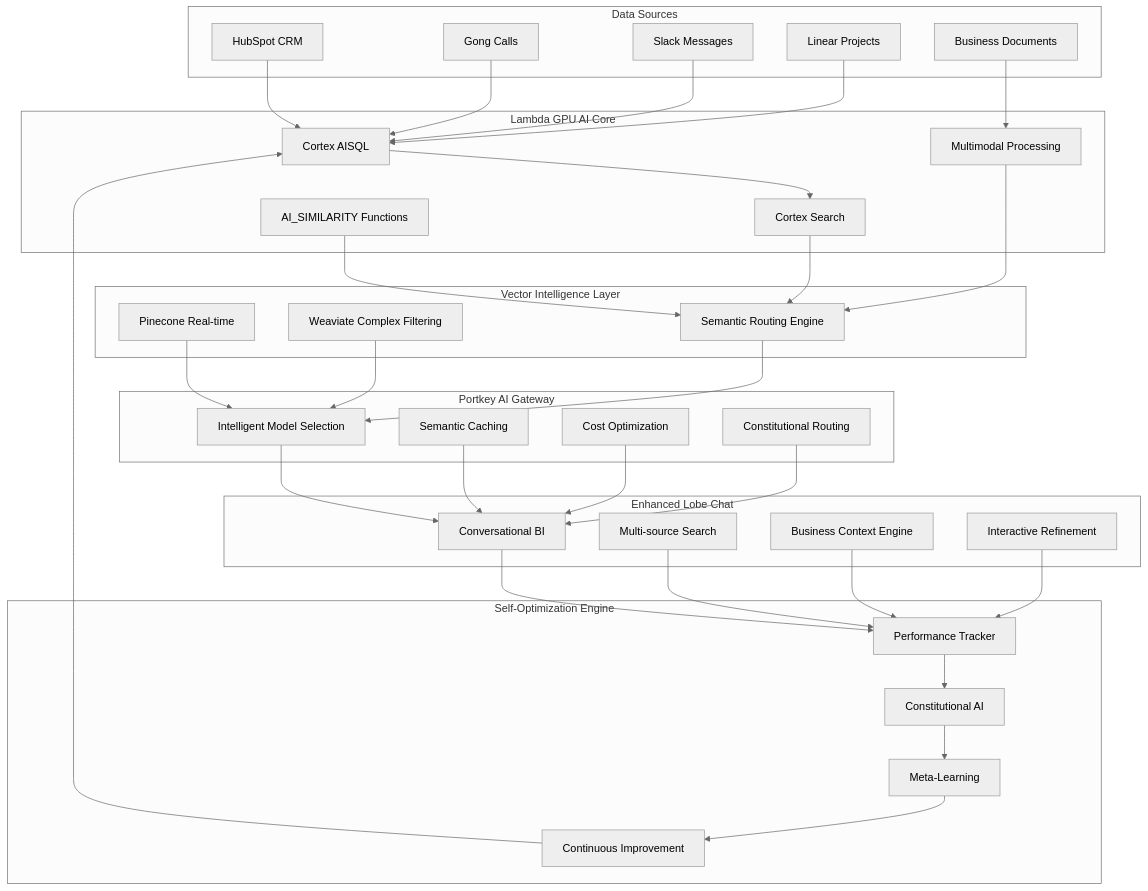
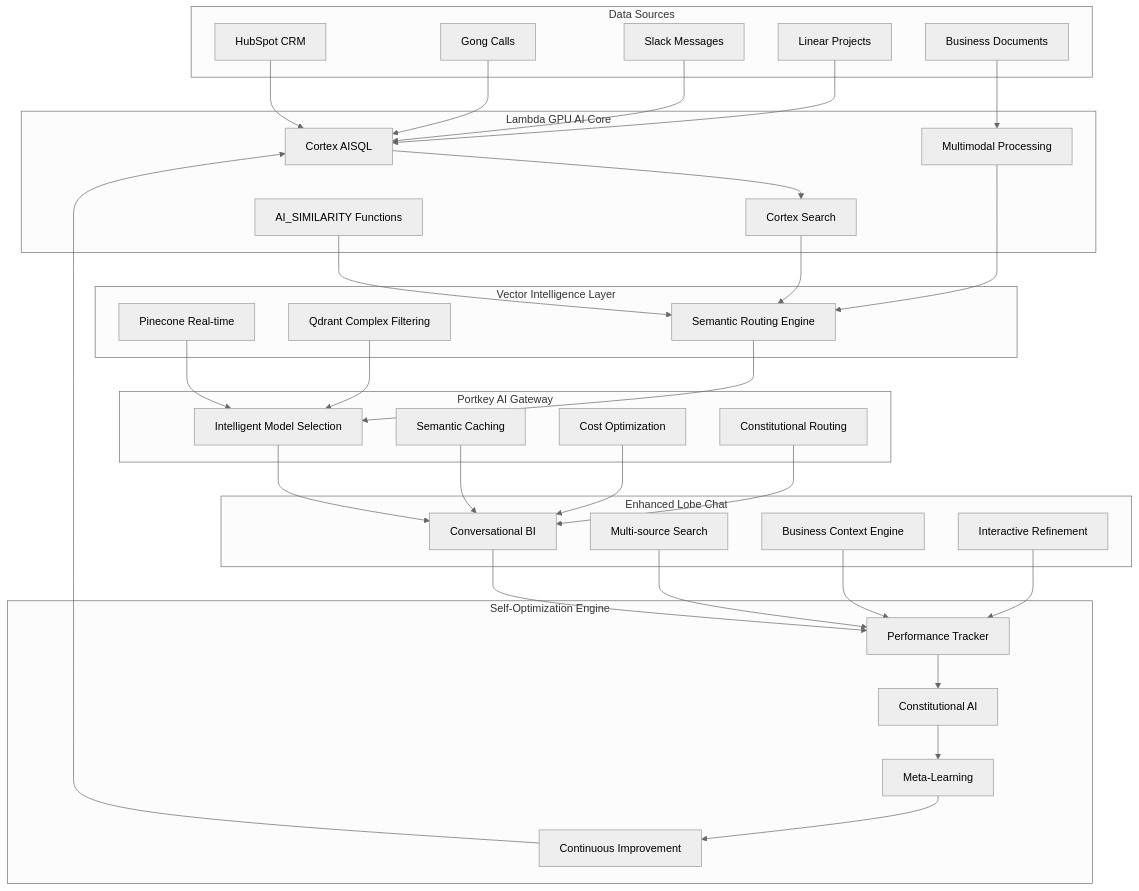
One commit to ai-cherry/sophia-strategic-development changed the diagram in UNIFIED_AI_ECOSYSTEM_ARCHITECTURE.md. Above: the diagram before and after it, drawn with Mermaid (neutral theme). The commit also changed other lines of this file and 110 other files, not shown here.

````diff
--- a/UNIFIED_AI_ECOSYSTEM_ARCHITECTURE.md
+++ b/UNIFIED_AI_ECOSYSTEM_ARCHITECTURE.md
@@ -18,74 +18,74 @@
 ```mermaid
 graph TB
     subgraph "Data Sources"
         A[HubSpot CRM]
         B[Gong Calls]
         C[Slack Messages]
         D[Linear Projects]
         E[Business Documents]
     end
 
     subgraph "Lambda GPU AI Core"
         F[Cortex AISQL]
         G[Cortex Search]
         H[Multimodal Processing]
         I[AI_SIMILARITY Functions]
     end
 
     subgraph "Vector Intelligence Layer"
         J[Pinecone Real-time]
-        K[Weaviate Complex Filtering]
+        K[Qdrant Complex Filtering]
         L[Semantic Routing Engine]
     end
 
     subgraph "Portkey AI Gateway"
         M[Intelligent Model Selection]
         N[Semantic Caching]
         O[Cost Optimization]
         P[Constitutional Routing]
     end
 
     subgraph "Enhanced Lobe Chat"
         Q[Conversational BI]
         R[Multi-source Search]
         S[Business Context Engine]
         T[Interactive Refinement]
     end
 
     subgraph "Self-Optimization Engine"
         U[Performance Tracker]
         V[Constitutional AI]
         W[Meta-Learning]
         X[Continuous Improvement]
     end
 
     A --> F
     B --> F
     C --> F
     D --> F
     E --> H
 
     F --> G
     G --> L
     H --> L
     I --> L
 
     L --> M
     J --> M
     K --> M
 
     M --> Q
     N --> Q
     O --> Q
     P --> Q
 
     Q --> U
     R --> U
     S --> U
     T --> U
 
     U --> V
     V --> W
     W --> X
     X --> F
 ```
````
